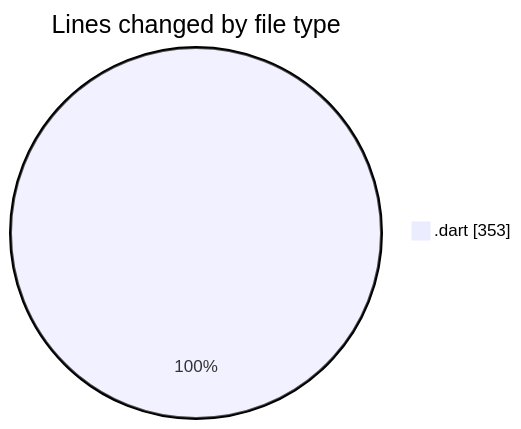
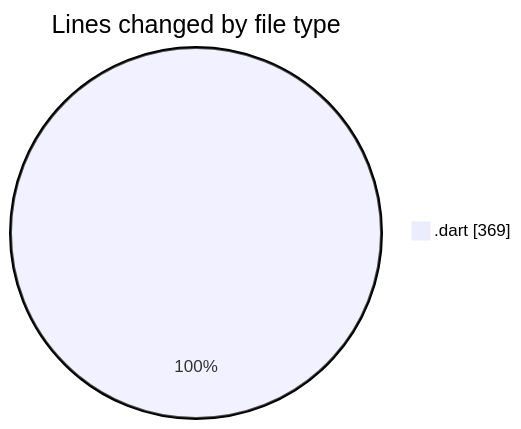
One commit to donsfak/code-tracking changed the first of 2 diagrams in 2025-03-25/wordle/README.md. Above: the diagram before and after it, drawn with Mermaid. The commit also changed other lines of this file and 1 other file, not shown here.

````diff
--- a/2025-03-25/wordle/README.md
+++ b/2025-03-25/wordle/README.md
@@ -26,5 +26,5 @@
 ```mermaid
 pie showData
 title Lines changed by file type
-".dart" : 353
+".dart" : 369
 ```
````
